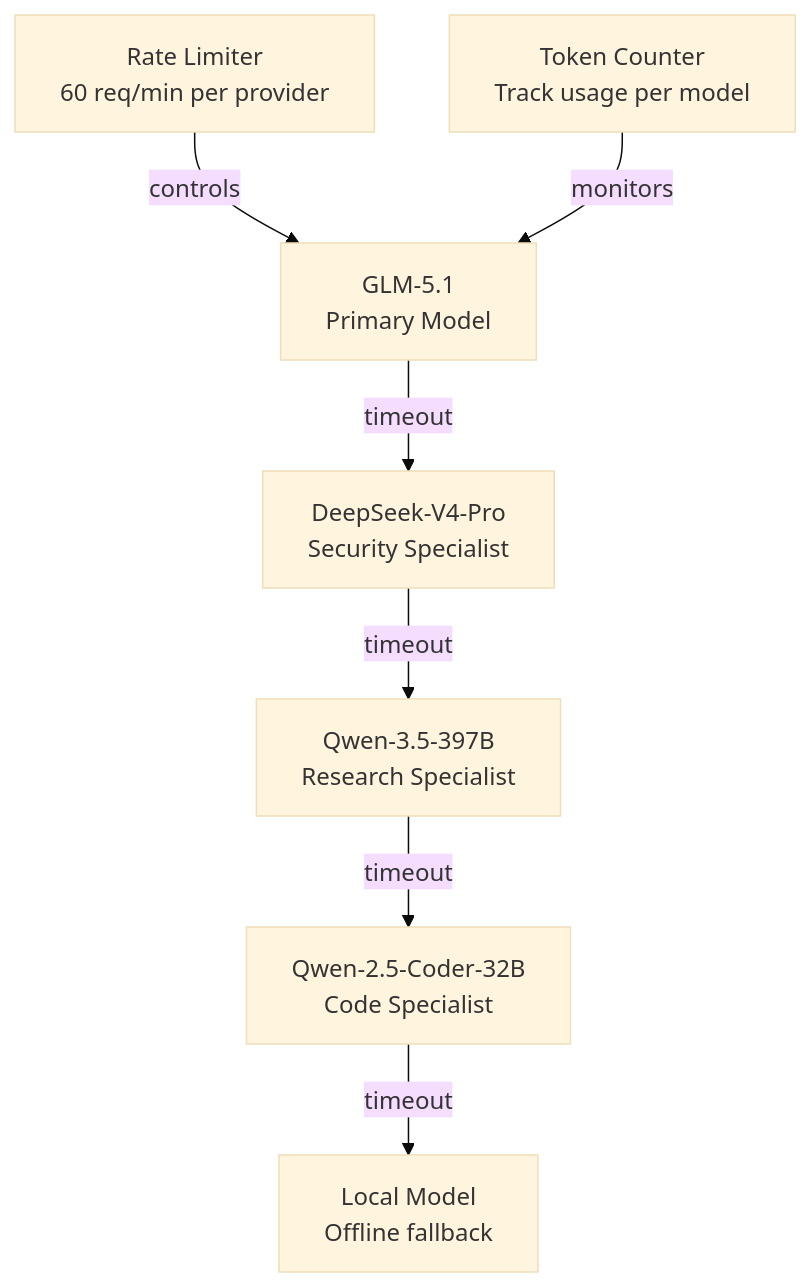
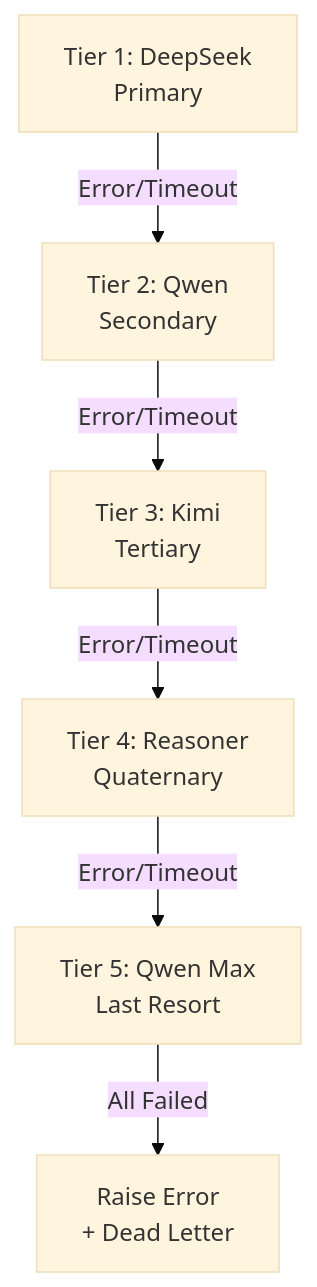
The fourth of 4 diagrams in bounty_agent/ARCHITECTURE.md (SolFoundry/solfoundry), drawn with Mermaid (base theme) before and after one commit. The commit also changed other lines of this file, not shown here.

Commit message:
Add Mermaid architecture diagrams (system overview, pipeline, economic, LLM fallback) - Xeophon

````diff
--- a/bounty_agent/ARCHITECTURE.md
+++ b/bounty_agent/ARCHITECTURE.md
@@ -174,10 +204,8 @@
 ```mermaid
-graph TD
-    Primary["GLM-5.1<br/>Primary Model"] -->|timeout| Fallback1["DeepSeek-V4-Pro<br/>Security Specialist"]
-    Fallback1 -->|timeout| Fallback2["Qwen-3.5-397B<br/>Research Specialist"]
-    Fallback2 -->|timeout| Fallback3["Qwen-2.5-Coder-32B<br/>Code Specialist"]
-    Fallback3 -->|timeout| Local["Local Model<br/>Offline fallback"]
-
-    RateLimit["Rate Limiter<br/>60 req/min per provider"] -->|controls| Primary
-    TokenCount["Token Counter<br/>Track usage per model"] -->|monitors| Primary
+flowchart TD
+    T1["Tier 1: DeepSeek<br/>Primary"] -->|Error/Timeout| T2["Tier 2: Qwen<br/>Secondary"]
+    T2 -->|Error/Timeout| T3["Tier 3: Kimi<br/>Tertiary"]
+    T3 -->|Error/Timeout| T4["Tier 4: Reasoner<br/>Quaternary"]
+    T4 -->|Error/Timeout| T5["Tier 5: Qwen Max<br/>Last Resort"]
+    T5 -->|All Failed| ERR["Raise Error<br/>+ Dead Letter"]
 ```
````
